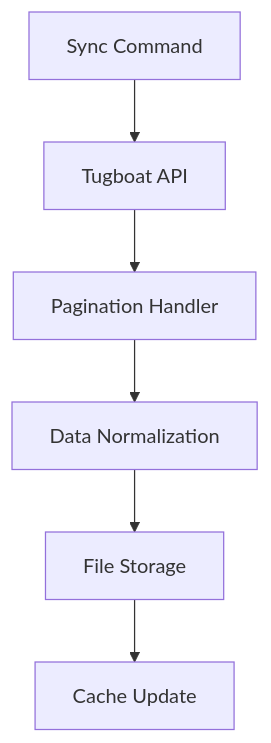
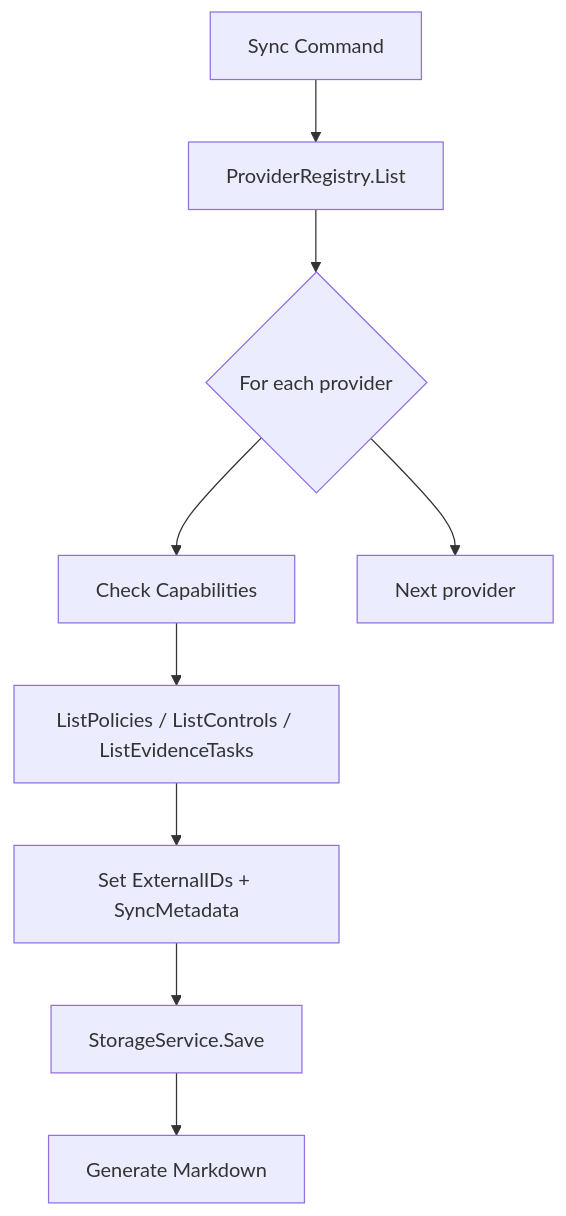
One commit to grctool/grctool changed the second of 5 diagrams in docs/helix/02-design/architecture/system-design.md. Above: the diagram before and after it, drawn with Mermaid. The commit also changed other lines of this file and 10 other files, not shown here.

First line of the commit message:
feat: add Capabilities() to DataProvider interface + spec alignment

````diff
--- a/docs/helix/02-design/architecture/system-design.md
+++ b/docs/helix/02-design/architecture/system-design.md
@@ -207,8 +207,11 @@
 ```mermaid
 graph TD
-    A[Sync Command] --> B[Tugboat API]
-    B --> C[Pagination Handler]
-    C --> D[Data Normalization]
-    D --> E[File Storage]
-    E --> F[Cache Update]
+    A[Sync Command] --> B[ProviderRegistry.List]
+    B --> C{For each provider}
+    C --> D[Check Capabilities]
+    D --> E[ListPolicies / ListControls / ListEvidenceTasks]
+    E --> F[Set ExternalIDs + SyncMetadata]
+    F --> G[StorageService.Save]
+    G --> H[Generate Markdown]
+    C --> I[Next provider]
 ```
````
